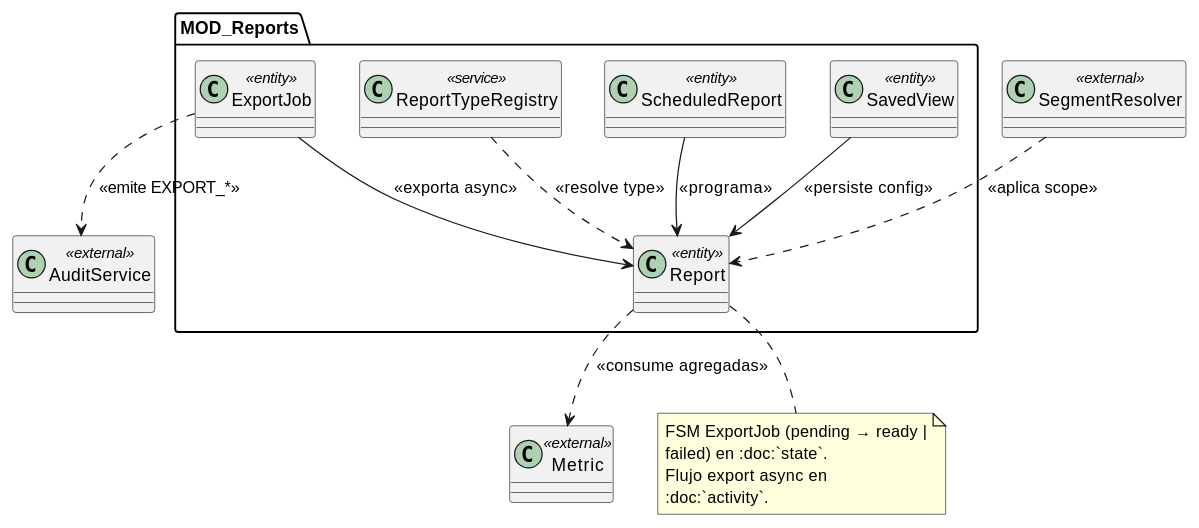
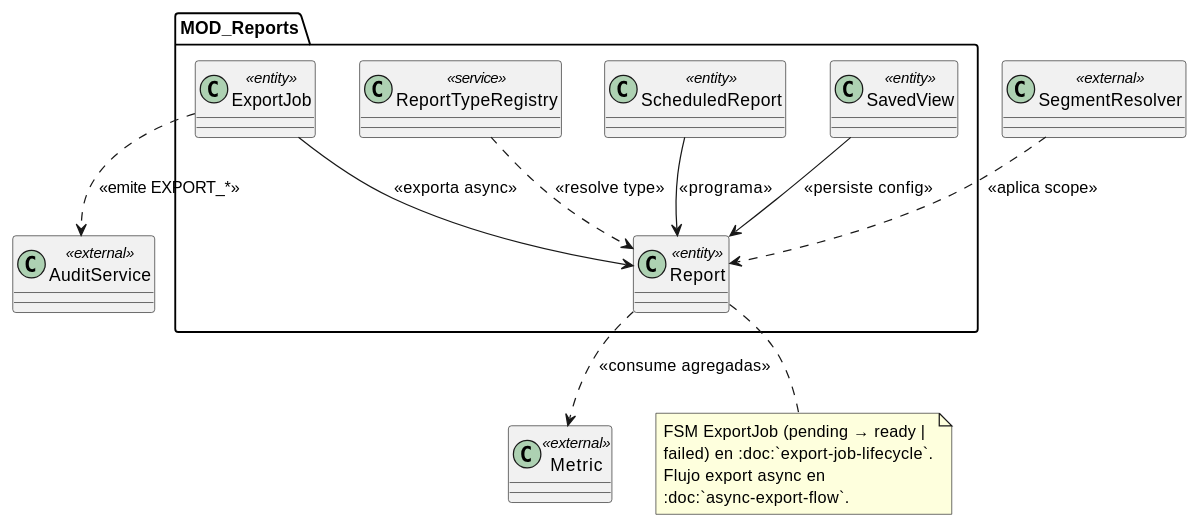
One commit to jcg-admin/IACT-docs changed the diagram in source/arquitectura-tecnica/design-view/reports/index.rst. Above: the diagram before and after it, drawn with PlantUML. The commit also changed other lines of this file and 97 other files, not shown here.

```diff
--- a/source/arquitectura-tecnica/design-view/reports/index.rst
+++ b/source/arquitectura-tecnica/design-view/reports/index.rst
@@ -35,35 +35,35 @@
 .. uml::
  :caption: MOD_Reports — Report + ServiciosEspecializados +
-           SavedView + ExportJob. Detalle en :doc:`class`.
+           SavedView + ExportJob. Detalle en :doc:`bounded-context`.
 
  @startuml
 
  package "MOD_Reports" {
    class Report <<entity>>
    class SavedView <<entity>>
    class ScheduledReport <<entity>>
    class ExportJob <<entity>>
    class ReportTypeRegistry <<service>>
  }
 
  class Metric <<external>>
  class SegmentResolver <<external>>
  class AuditService <<external>>
 
  ReportTypeRegistry ..> Report : <<resolve type>>
  Report ..> Metric : <<consume agregadas>>
  SavedView --> Report : <<persiste config>>
  ScheduledReport --> Report : <<programa>>
  ExportJob --> Report : <<exporta async>>
 
  SegmentResolver ..> Report : <<aplica scope>>
  ExportJob ..> AuditService : <<emite EXPORT_*>>
 
  note bottom of Report
    FSM ExportJob (pending → ready |
-   failed) en :doc:`state`.
+   failed) en :doc:`export-job-lifecycle`.
    Flujo export async en
-   :doc:`activity`.
+   :doc:`async-export-flow`.
  end note
 
  @enduml
```
